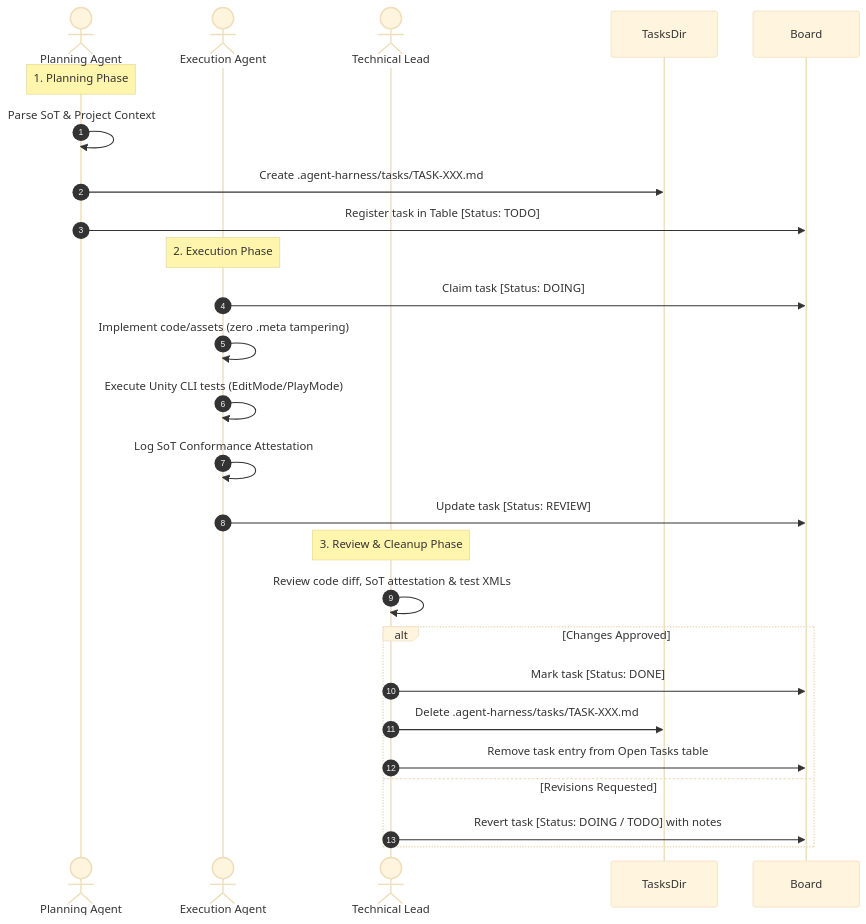
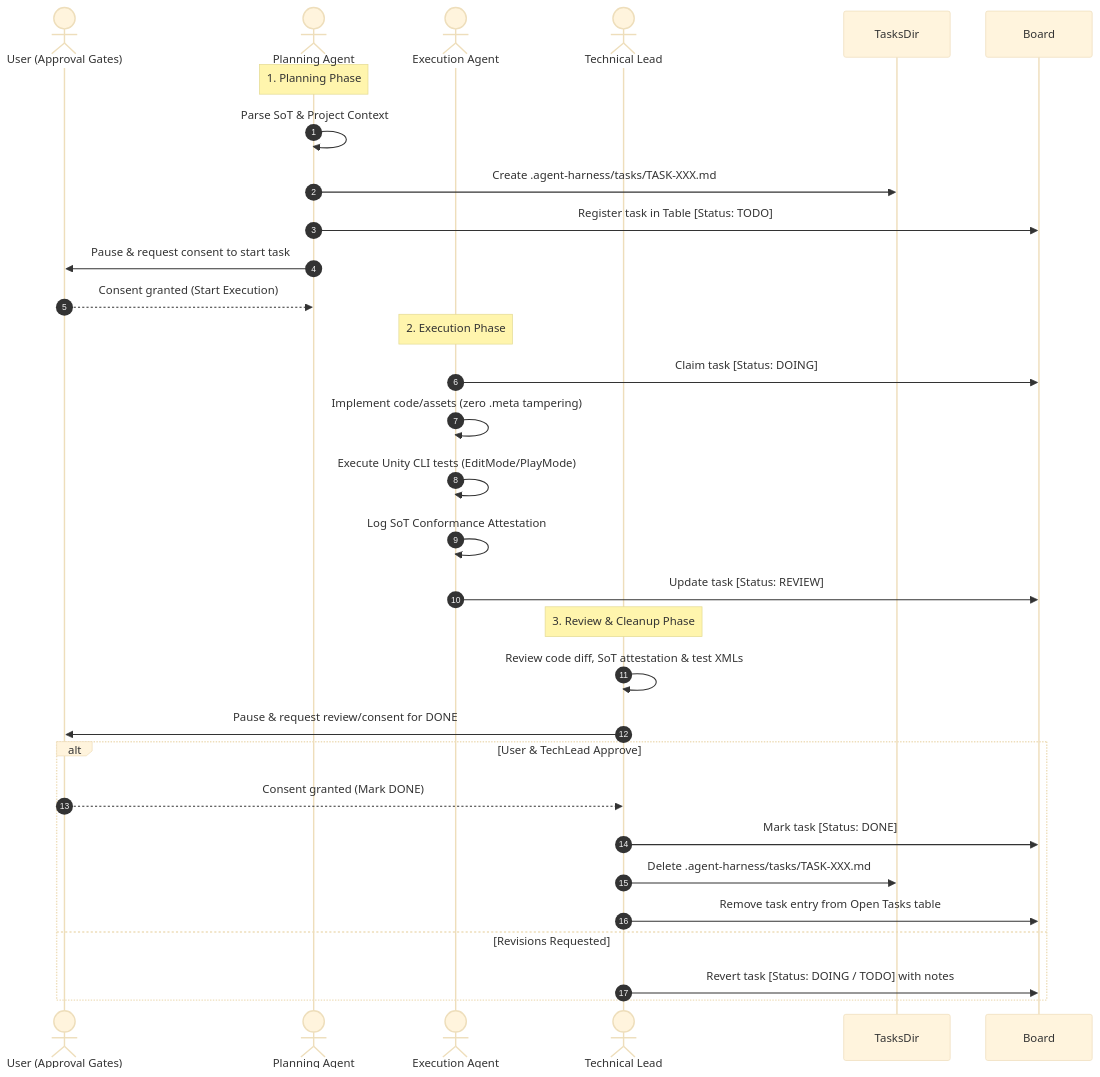
The diagram in .agent-harness/tasks-board.md (Hosomy17/EmpressProject), drawn with Mermaid (base theme) before and after one commit. The commit also changed other lines of this file and 3 other files, not shown here.

````diff
--- a/.agent-harness/tasks-board.md
+++ b/.agent-harness/tasks-board.md
@@ -12,29 +12,35 @@
 ```mermaid
 sequenceDiagram
     autonumber
+    actor User as User (Approval Gates)
     actor Planner as Planning Agent
     actor Executor as Execution Agent
     actor TechLead as Technical Lead
 
     Note over Planner: 1. Planning Phase
     Planner->>Planner: Parse SoT & Project Context
     Planner->>TasksDir: Create .agent-harness/tasks/TASK-XXX.md
     Planner->>Board: Register task in Table [Status: TODO]
+    Planner->>User: Pause & request consent to start task
+
+    User-->>Planner: Consent granted (Start Execution)
 
     Note over Executor: 2. Execution Phase
     Executor->>Board: Claim task [Status: DOING]
     Executor->>Executor: Implement code/assets (zero .meta tampering)
     Executor->>Executor: Execute Unity CLI tests (EditMode/PlayMode)
     Executor->>Executor: Log SoT Conformance Attestation
     Executor->>Board: Update task [Status: REVIEW]
 
     Note over TechLead: 3. Review & Cleanup Phase
     TechLead->>TechLead: Review code diff, SoT attestation & test XMLs
-    alt Changes Approved
+    TechLead->>User: Pause & request review/consent for DONE
+    alt User & TechLead Approve
+        User-->>TechLead: Consent granted (Mark DONE)
         TechLead->>Board: Mark task [Status: DONE]
         TechLead->>TasksDir: Delete .agent-harness/tasks/TASK-XXX.md
         TechLead->>Board: Remove task entry from Open Tasks table
     else Revisions Requested
         TechLead->>Board: Revert task [Status: DOING / TODO] with notes
     end
 ```
````
